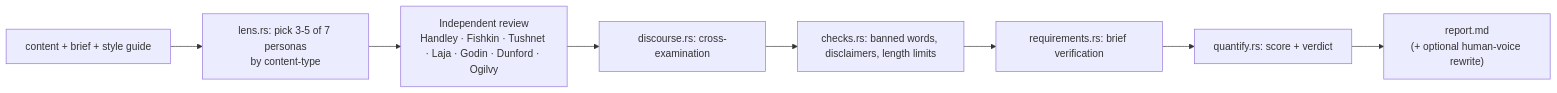
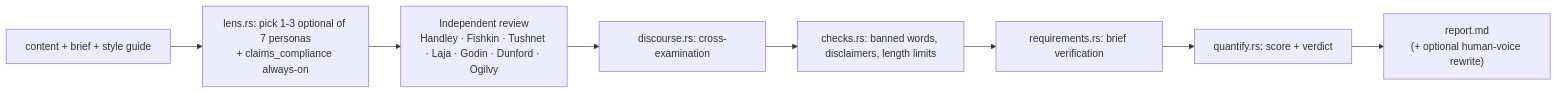
The fourth of 13 diagrams in profile/README.md (Loop-Suite/.github), drawn with Mermaid before and after one commit. The commit also changed other lines of this file, not shown here.

````diff
--- a/profile/README.md
+++ b/profile/README.md
@@ -109,10 +109,10 @@
 ```mermaid
 flowchart LR
-    A["content + brief + style guide"] --> B["lens.rs: pick 3-5 of 7 personas<br/>by content-type"]
+    A["content + brief + style guide"] --> B["lens.rs: pick 1-3 optional of 7 personas<br/>+ claims_compliance always-on"]
     B --> C["Independent review<br/>Handley · Fishkin · Tushnet · Laja · Godin · Dunford · Ogilvy"]
     C --> D["discourse.rs: cross-examination"]
     D --> E["checks.rs: banned words, disclaimers, length limits"]
     E --> F["requirements.rs: brief verification"]
     F --> G["quantify.rs: score + verdict"]
     G --> H["report.md<br/>(+ optional human-voice rewrite)"]
 ```
````
